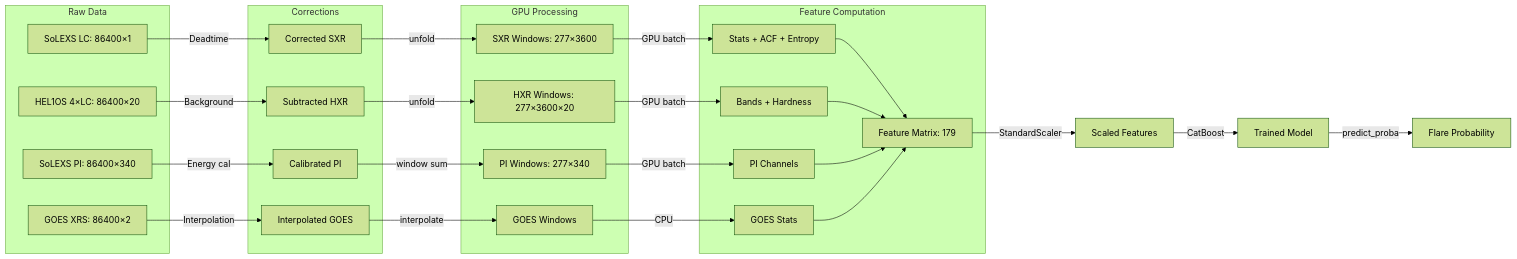
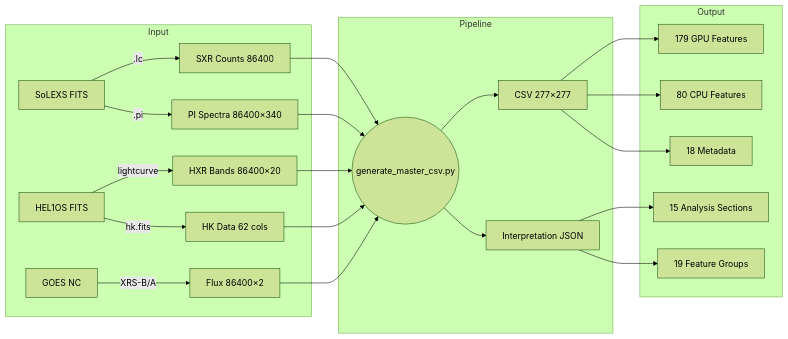
The second of 4 diagrams in README.md (Shuvam-Banerji-Seal/ISRO-BAH-IISERK), drawn with Mermaid (forest theme) before and after one commit. The commit also changed other lines of this file and 1 other file, not shown here.

First line of the commit message:
docs: comprehensive README with Mermaid diagrams + AGENTS.md update

````diff
--- a/README.md
+++ b/README.md
@@ -86,38 +102,28 @@
 ```mermaid
 flowchart LR
-    subgraph Raw Data
-        A[SoLEXS LC: 86400×1] 
-        B[HEL1OS 4×LC: 86400×20]
-        C[SoLEXS PI: 86400×340]
-        D[GOES XRS: 86400×2]
+    subgraph Input
+        A[SoLEXS FITS] -->|.lc| B[SXR Counts 86400]
+        A -->|.pi| C[PI Spectra 86400×340]
+        D[HEL1OS FITS] -->|lightcurve| E[HXR Bands 86400×20]
+        D -->|hk.fits| F[HK Data 62 cols]
+        G[GOES NC] -->|XRS-B/A| H[Flux 86400×2]
     end
 
-    subgraph Corrections
-        A -->|Deadtime| A1[Corrected SXR]
-        B -->|Background| B1[Subtracted HXR]
-        C -->|Energy cal| C1[Calibrated PI]
-        D -->|Interpolation| D1[Interpolated GOES]
+    subgraph Pipeline
+        B --> I((generate_master_csv.py))
+        C --> I
+        E --> I
+        F --> I
+        H --> I
+        I --> J[CSV 277×277]
+        I --> K[Interpretation JSON]
     end
 
-    subgraph GPU Processing
-        A1 -->|unfold| G1[SXR Windows: 277×3600]
-        B1 -->|unfold| G2[HXR Windows: 277×3600×20]
-        C1 -->|window sum| G3[PI Windows: 277×340]
-        D1 -->|interpolate| G4[GOES Windows]
+    subgraph Output
+        J --> L[179 GPU Features]
+        J --> M[80 CPU Features]
+        J --> N[18 Metadata]
+        K --> O[15 Analysis Sections]
+        K --> P[19 Feature Groups]
     end
-
-    subgraph Feature Computation
-        G1 -->|GPU batch| F1[Stats + ACF + Entropy]
-        G2 -->|GPU batch| F2[Bands + Hardness]
-        G3 -->|GPU batch| F3[PI Channels]
-        G4 -->|CPU| F4[GOES Stats]
-        F1 --> M[Feature Matrix: 179]
-        F2 --> M
-        F3 --> M
-        F4 --> M
-    end
-
-    M -->|StandardScaler| S[Scaled Features]
-    S -->|CatBoost| T[Trained Model]
-    T -->|predict_proba| R[Flare Probability]
 ```
````
